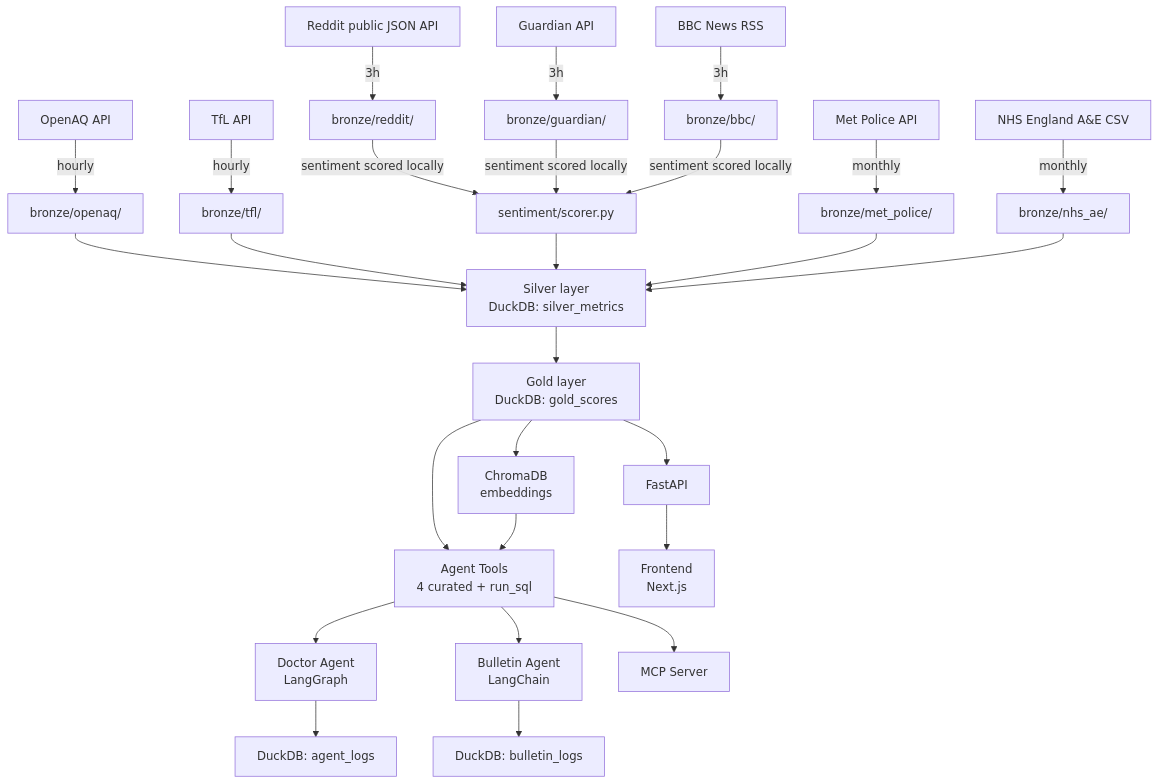
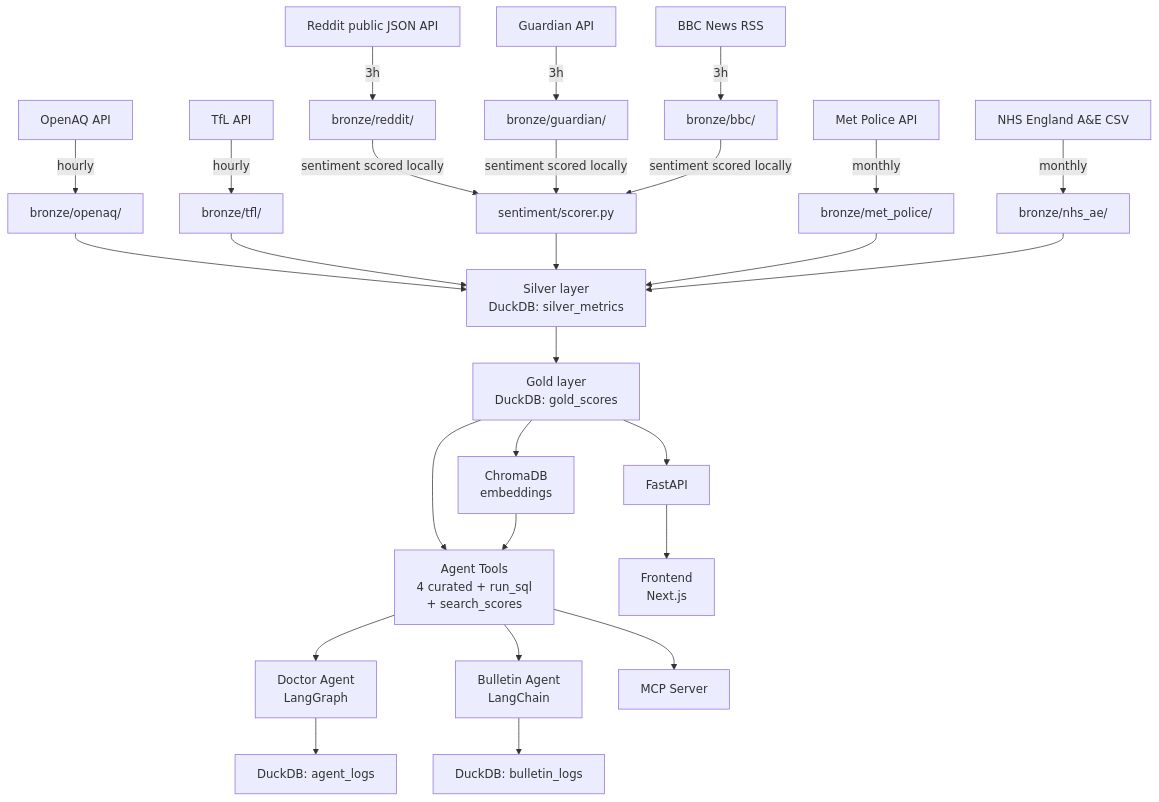
The diagram in docs/lineage.md (ryan-vanagt/city-scan-london), drawn with Mermaid before and after one commit. The commit also changed 30 other files, not shown here.

````diff
--- a/docs/lineage.md
+++ b/docs/lineage.md
@@ -5,33 +5,33 @@
 ```mermaid
 flowchart TD
     OQ[OpenAQ API] -->|hourly| B_OQ[bronze/openaq/]
     TFL[TfL API] -->|hourly| B_TFL[bronze/tfl/]
     RD[Reddit public JSON API] -->|3h| B_RD[bronze/reddit/]
     GD[Guardian API] -->|3h| B_GD[bronze/guardian/]
     BBC[BBC News RSS] -->|3h| B_BBC[bronze/bbc/]
     MP[Met Police API] -->|monthly| B_MP[bronze/met_police/]
     NHS[NHS England A&E CSV] -->|monthly| B_NHS[bronze/nhs_ae/]
 
     B_OQ --> S[Silver layer\nDuckDB: silver_metrics]
     B_TFL --> S
     B_RD -->|sentiment scored locally| SENT[sentiment/scorer.py]
     SENT --> S
     B_GD -->|sentiment scored locally| SENT
     B_BBC -->|sentiment scored locally| SENT
     B_MP --> S
     B_NHS --> S
 
     S --> G[Gold layer\nDuckDB: gold_scores]
     G --> CH[ChromaDB\nembeddings]
 
-    G --> TOOLS[Agent Tools\n4 curated + run_sql]
+    G --> TOOLS[Agent Tools\n4 curated + run_sql\n+ search_scores]
     G --> API[FastAPI]
     CH --> TOOLS
 
     TOOLS --> DA[Doctor Agent\nLangGraph]
     TOOLS --> BA[Bulletin Agent\nLangChain]
     TOOLS --> MCP[MCP Server]
     API --> FE[Frontend\nNext.js]
     DA --> LOGS[DuckDB: agent_logs]
     BA --> BLOGS[DuckDB: bulletin_logs]
 ```
````
